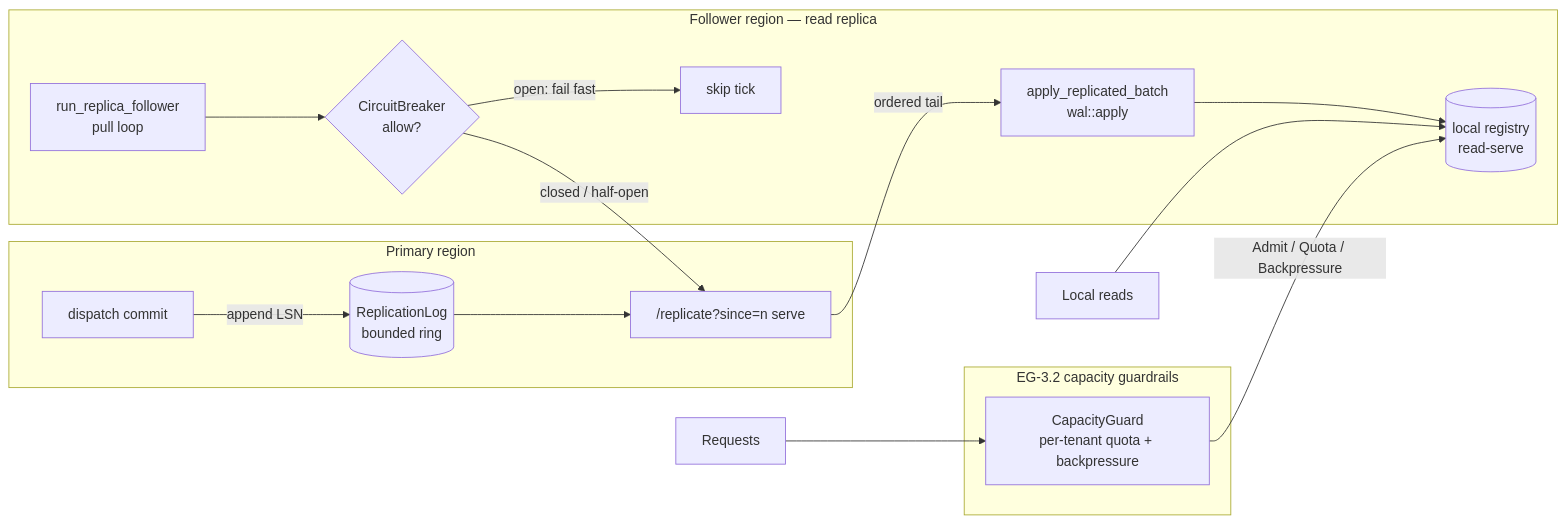
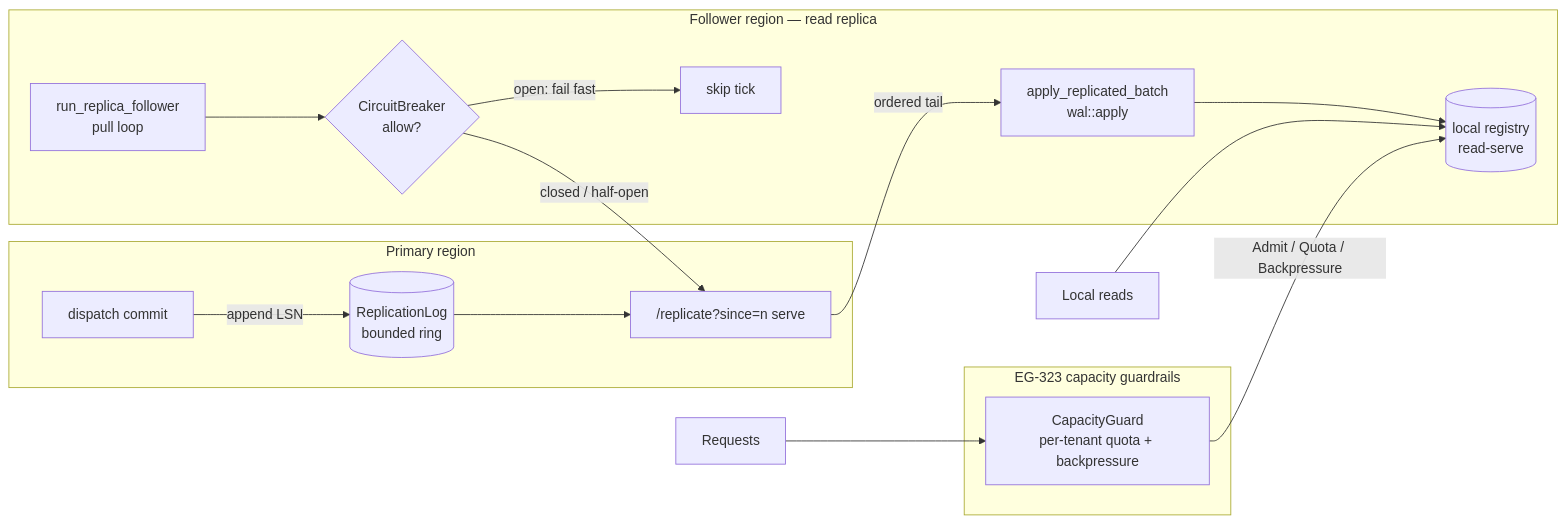
One commit to Knuckles-Team/epistemic-graph changed the first of 4 diagrams in docs/architecture/distribution-robotics-gpu.md. Above: the diagram before and after it, drawn with Mermaid. The commit also changed other lines of this file and 19 other files, not shown here.

````diff
--- a/docs/architecture/distribution-robotics-gpu.md
+++ b/docs/architecture/distribution-robotics-gpu.md
@@ -29,20 +29,20 @@
 ```mermaid
 flowchart LR
   subgraph Primary [Primary region]
     W[dispatch commit] -->|append LSN| LOG[(ReplicationLog\nbounded ring)]
     LOG --> SRV["/replicate?since=n serve"]
   end
   subgraph Follower [Follower region — read replica]
     CB{CircuitBreaker\nallow?}
     PULL[run_replica_follower\npull loop] --> CB
     CB -->|closed / half-open| SRV
     SRV -->|ordered tail| APPLY[apply_replicated_batch\nwal::apply]
     APPLY --> REG[(local registry\nread-serve)]
     CB -->|open: fail fast| SKIP[skip tick]
   end
   CLIENT[Local reads] --> REG
-  subgraph Guards [EG-3.2 capacity guardrails]
+  subgraph Guards [EG-323 capacity guardrails]
     G[CapacityGuard\nper-tenant quota + backpressure]
   end
   REQ[Requests] --> G -->|Admit / Quota / Backpressure| REG
 ```
````
